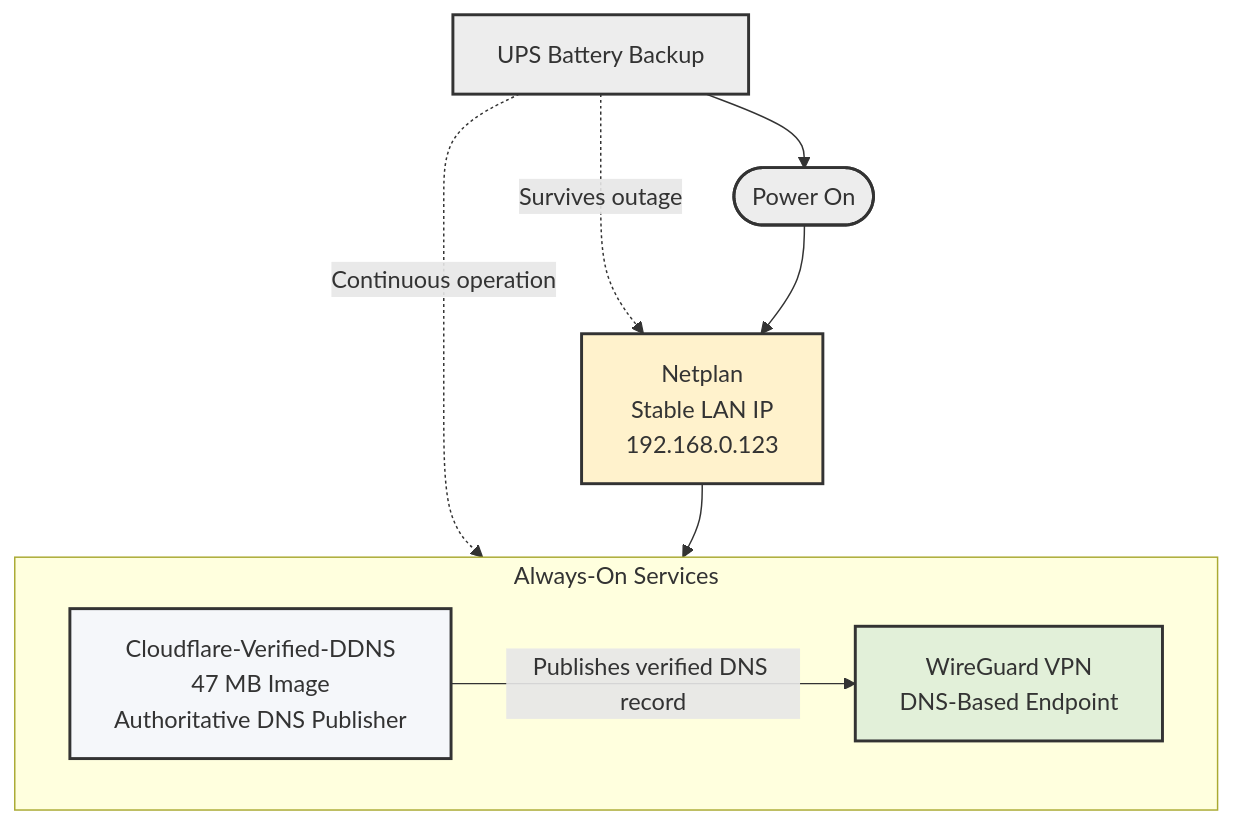
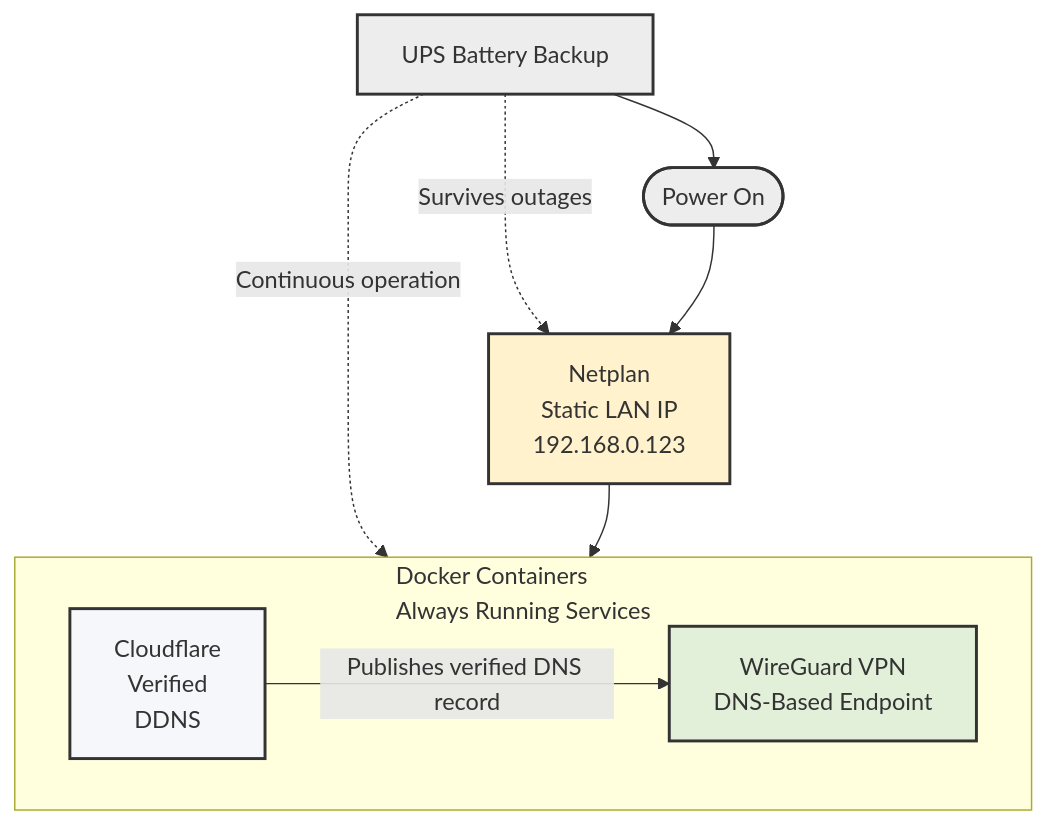
One commit to bkaewell/cloudflare-verified-ddns changed the second of 7 diagrams in docs/ARCHITECTURE.md. Above: the diagram before and after it, drawn with Mermaid. The commit also changed other lines of this file, not shown here.

Commit message:
Experimenting with mermaid diagrams

````diff
--- a/docs/ARCHITECTURE.md
+++ b/docs/ARCHITECTURE.md
@@ -4,37 +40,37 @@
 ```mermaid
 flowchart TB
     %% Power & Initialization
     UPS[UPS Battery Backup]
     BOOT([Power On])
 
-    NET[Netplan<br/>Stable LAN IP<br/>192.168.0.123]
+    NET[Netplan<br/>Static LAN IP<br/>192.168.0.123]
 
     %% Services
-    subgraph SERVICES["Always-On Services"]
-        DDNS[Cloudflare-Verified-DDNS<br/>47 MB Image<br/>Authoritative DNS Publisher]
+    subgraph SERVICES["Docker Containers<br/> Always Running Services"]
+        DDNS[Cloudflare<br/>Verified<br/>DDNS<br/>]
         WG[WireGuard VPN<br/>DNS-Based Endpoint]
     end
 
     %% Power Semantics
     UPS --> BOOT
-    UPS -. "Survives outage" .-> NET
+    UPS -. "Survives outages" .-> NET
     UPS -. "Continuous operation" .-> SERVICES
 
     %% Boot Sequence
     BOOT --> NET
     NET --> SERVICES
 
     %% Core Dependency
     DDNS -->|Publishes verified DNS record| WG
 
     %% Styling
     classDef power fill:#ededed,stroke:#333,stroke-width:2px;
     classDef network fill:#fff2cc,stroke:#333,stroke-width:2px;
     classDef service fill:#f5f7fa,stroke:#333,stroke-width:2px;
     classDef vpn fill:#e2f0d9,stroke:#333,stroke-width:2px;
 
     class UPS,BOOT power;
     class NET network;
     class DDNS service;
     class WG vpn;
 ```
````
